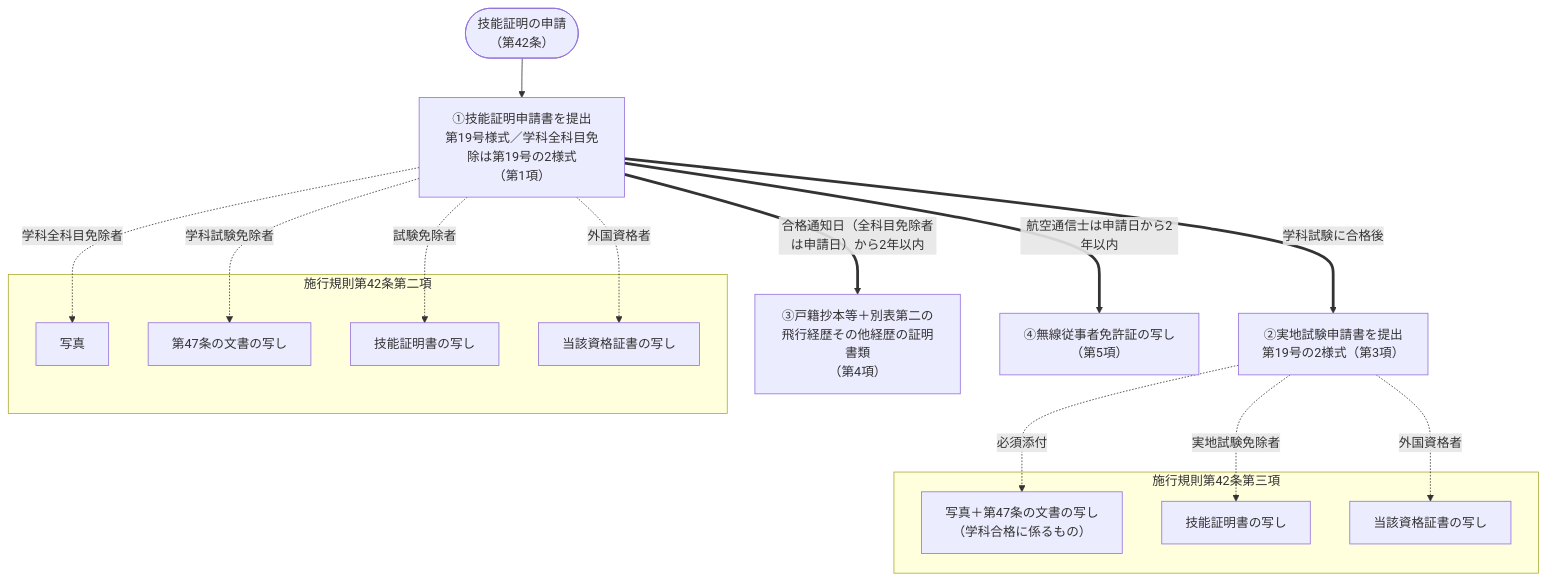
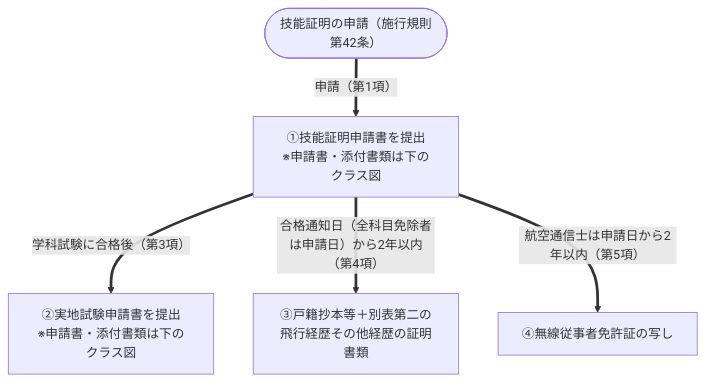
The first of 28 diagrams in chapters/04_第四章.md (yonemotoBB/pil), drawn with Mermaid before and after one commit. The commit also changed other lines of this file, not shown here.

Commit message:
マーカー付き条の図を方針準拠で見直し(22条:申請書をクラス図継承形/26条:施行規則43・44条補完/28条:TD化・キャプション整理)

````diff
--- a/chapters/04_第四章.md
+++ b/chapters/04_第四章.md
@@ -31,23 +31,8 @@
 ```mermaid
 flowchart TD
-    START(["技能証明の申請<br>（第42条）"]) --> A["①技能証明申請書を提出<br>第19号様式／学科全科目免除は第19号の2様式<br>（第1項）"]
-
-    subgraph 施行規則第42条第二項
-        A1 & A2 & A3 & A4
-    end
-    A -. 学科全科目免除者 .-> A1["写真"]
-    A -. 学科試験免除者 .-> A2["第47条の文書の写し"]
-    A -. 試験免除者 .-> A3["技能証明書の写し"]
-    A -. 外国資格者 .-> A4["当該資格証書の写し"]
-
-    A == 学科試験に合格後 ==> B["②実地試験申請書を提出<br>第19号の2様式（第3項）"]
-    subgraph 施行規則第42条第三項
-        B0 & B1 & B2
-    end
-    B -. 必須添付 .-> B0["写真＋第47条の文書の写し<br>（学科合格に係るもの）"]
-    B -. 実地試験免除者 .-> B1["技能証明書の写し"]
-    B -. 外国資格者 .-> B2["当該資格証書の写し"]
-
-    A == 合格通知日（全科目免除者は申請日）から2年以内 ==> C["③戸籍抄本等＋別表第二の<br>飛行経歴その他経歴の証明書類<br>（第4項）"]
-    A == 航空通信士は申請日から2年以内 ==> D["④無線従事者免許証の写し<br>（第5項）"]
+    START(["技能証明の申請（施行規則第42条）"])
+    START == 申請（第1項） ==> A["①技能証明申請書を提出<br>※申請書・添付書類は下のクラス図"]
+    A == 学科試験に合格後（第3項） ==> B["②実地試験申請書を提出<br>※申請書・添付書類は下のクラス図"]
+    A == 合格通知日（全科目免除者は申請日）から2年以内（第4項） ==> C["③戸籍抄本等＋別表第二の<br>飛行経歴その他経歴の証明書類"]
+    A == 航空通信士は申請日から2年以内（第5項） ==> D["④無線従事者免許証の写し"]
 ```
````
